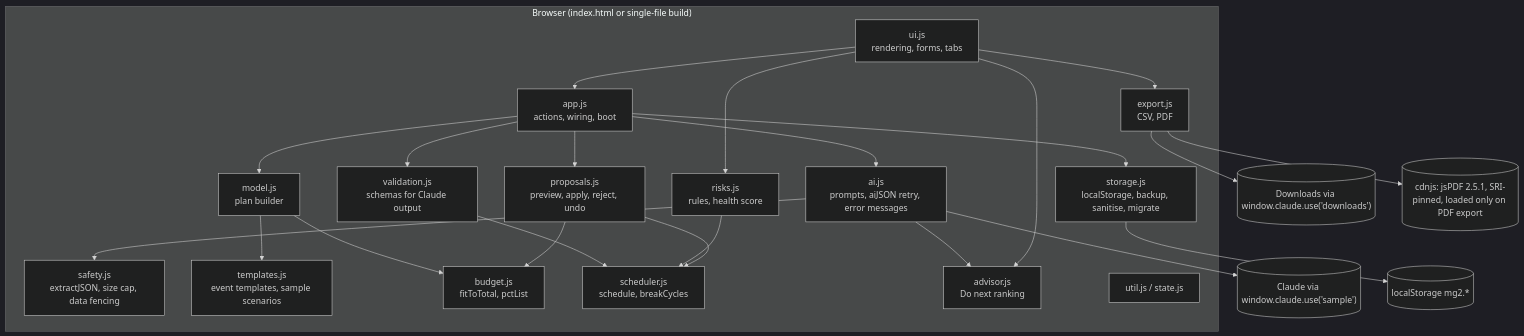
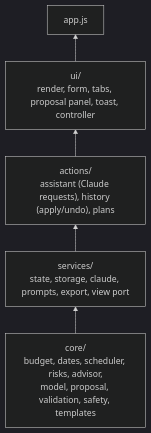
Before and after one commit to kunwarvishal18/marigold-ai-event-planner: the first of 2 diagrams in ARCHITECTURE.md, drawn with Mermaid (dark theme). The commit also changed other lines of this file and 76 other files, not shown here.

````diff
--- a/ARCHITECTURE.md
+++ b/ARCHITECTURE.md
@@ -22,40 +34,9 @@
 ```mermaid
-flowchart TD
-  subgraph Browser["Browser (index.html or single-file build)"]
-    APP["app.js<br/>actions, wiring, boot"]
-    UI["ui.js<br/>rendering, forms, tabs"]
-    AI["ai.js<br/>prompts, aiJSON retry, error messages"]
-    SAFE["safety.js<br/>extractJSON, size cap, data fencing"]
-    VAL["validation.js<br/>schemas for Claude output"]
-    PROP["proposals.js<br/>preview, apply, reject, undo"]
-    STORE["storage.js<br/>localStorage, backup, sanitise, migrate"]
-    MODEL["model.js<br/>plan builder"]
-    TPL["templates.js<br/>event templates, sample scenarios"]
-    BUD["budget.js<br/>fitToTotal, pctList"]
-    SCHED["scheduler.js<br/>schedule, breakCycles"]
-    RISK["risks.js<br/>rules, health score"]
-    ADV["advisor.js<br/>Do next ranking"]
-    EXP["export.js<br/>CSV, PDF"]
-    UTIL["util.js / state.js"]
-  end
-  CLAUDE[("Claude via window.claude.use('sample')")]
-  DL[("Downloads via window.claude.use('downloads')")]
-  LS[("localStorage mg2.*")]
-  CDN[("cdnjs: jsPDF 2.5.1, SRI-pinned, loaded only on PDF export")]
-
-  APP --> AI --> CLAUDE
-  AI --> SAFE
-  APP --> VAL
-  APP --> PROP --> BUD
-  PROP --> SCHED
-  APP --> STORE --> LS
-  APP --> MODEL --> BUD
-  MODEL --> TPL
-  UI --> RISK --> SCHED
-  UI --> ADV
-  AI --> ADV
-  UI --> EXP --> DL
-  EXP --> CDN
-  VAL --> SCHED
-  UI --> APP
+flowchart BT
+  CORE["core/<br/>budget, dates, scheduler, risks, advisor,<br/>model, proposal, validation, safety, templates"]
+  SERVICES["services/<br/>state, storage, claude, prompts, export, view port"]
+  ACTIONS["actions/<br/>assistant (Claude requests), history (apply/undo), plans"]
+  UI["ui/<br/>render, form, tabs, proposal panel, toast, controller"]
+  APP["app.js"]
+  CORE --> SERVICES --> ACTIONS --> UI --> APP
 ```
````
